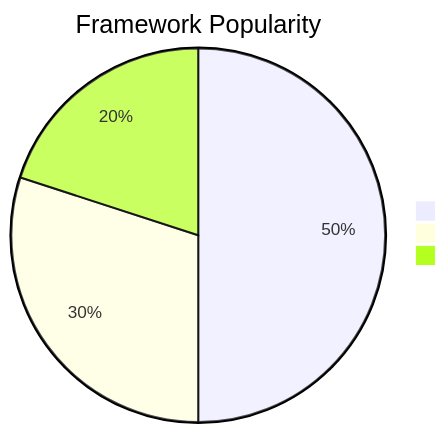
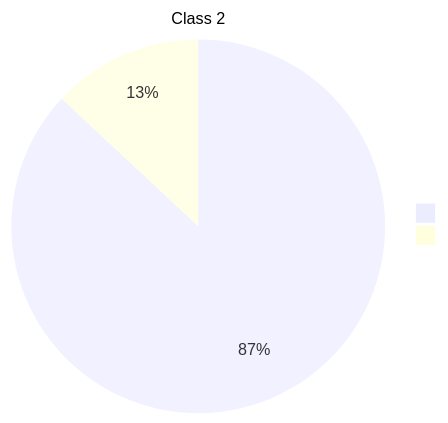
One commit to hoxymola/hoxymola.github.io changed the second of 7 diagrams in _posts/2025-10-25-MERMAID-TEST.md. Above: the diagram before and after it, drawn with Mermaid. The commit also changed other lines of this file, not shown here.

```diff
--- a/_posts/2025-10-25-MERMAID-TEST.md
+++ b/_posts/2025-10-25-MERMAID-TEST.md
@@ -35,8 +35,17 @@
     <pre class="mermaid">
-%%{init: {"themeVariables": {"pieLegendTextSize": 0}, "themeCSS": ".pieCircle { transform: scale(0.8); transform-origin: center; }"}}%%
+%%{init: {
+  "themeVariables": {
+    "primaryColor": "#10b981",
+    "pieOuterStrokeWidth": 0,
+    "pieStrokeWidth": 0,
+    "pieLegendTextSize": 0,
+    "pieSectionTextSize": 12,
+    "pieTitleTextSize": 14
+  },
+  "themeCSS": ".pieCircle { transform: scale(0.55); transform-origin: center; }"
+}}%%
 pie showData
-    title Framework Popularity
-    "Spring Boot": 50
-    "React": 30
-    "Django": 20
+    title Class 2
+    "Solved": 20
+    "Unsolved": 3
     </pre>
```
